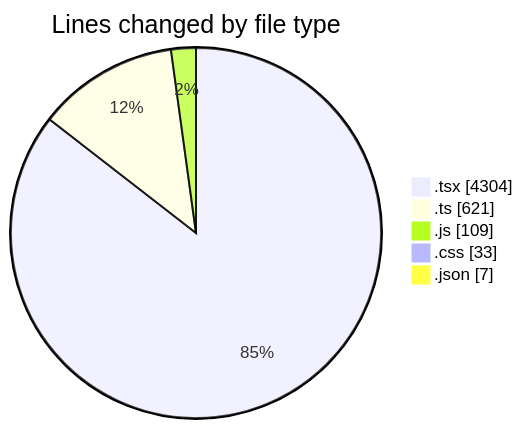
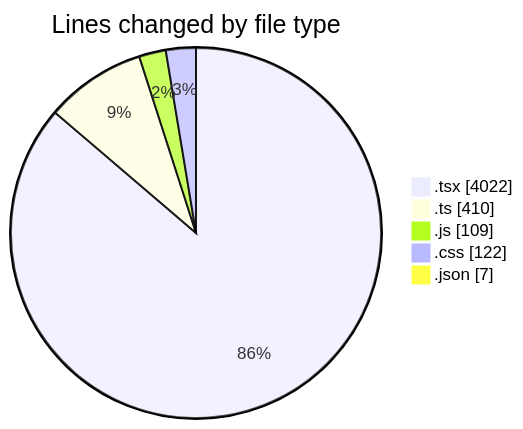
One commit to robertbonfada/code-tracking changed the first of 2 diagrams in 2025-01-17/mbc-web/README.md. Above: the diagram before and after it, drawn with Mermaid. The commit also changed other lines of this file and 2 other files, not shown here.

````diff
--- a/2025-01-17/mbc-web/README.md
+++ b/2025-01-17/mbc-web/README.md
@@ -43,9 +44,9 @@
 ```mermaid
 pie showData
 title Lines changed by file type
-".tsx" : 4304
-".ts" : 621
+".tsx" : 4022
+".ts" : 410
 ".js" : 109
-".css" : 33
+".css" : 122
 ".json" : 7
 ```
````
